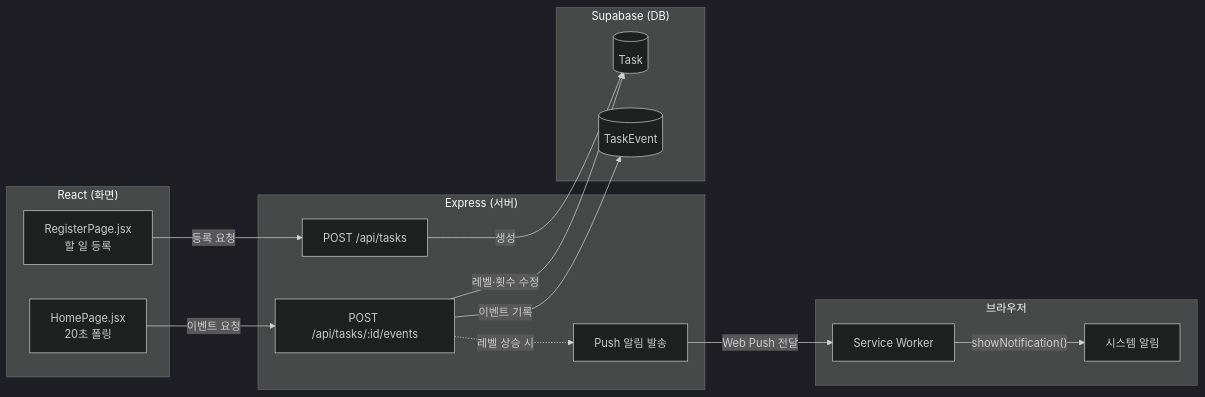
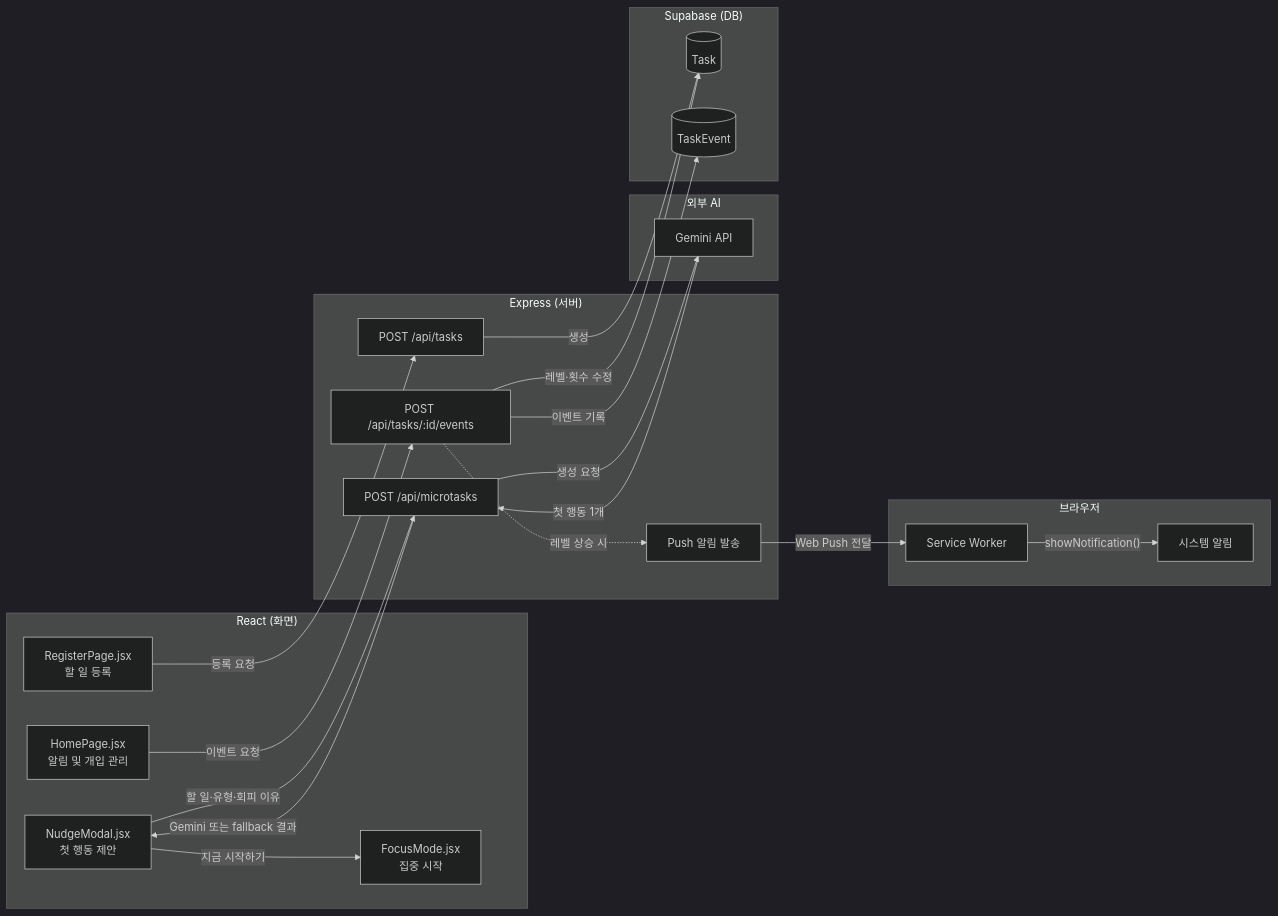
One commit to Mureung1/hub-showcase changed the diagram in README.md. Above: the diagram before and after it, drawn with Mermaid (dark theme). The commit also changed other lines of this file, not shown here.

Commit message:
docs: README 프로젝트 현황 업데이트

````diff
--- a/README.md
+++ b/README.md
@@ -47,34 +47,47 @@
 ```mermaid
 flowchart LR
     subgraph FE["React (화면)"]
         Register["RegisterPage.jsx<br/>할 일 등록"]
-        Home["HomePage.jsx<br/>20초 폴링"]
+        Home["HomePage.jsx<br/>알림 및 개입 관리"]
+        Modal["NudgeModal.jsx<br/>첫 행동 제안"]
+        Focus["FocusMode.jsx<br/>집중 시작"]
     end
 
     subgraph SRV["Express (서버)"]
         R1["POST /api/tasks"]
         R2["POST /api/tasks/:id/events"]
+        Microtask["POST /api/microtasks"]
         Push["Push 알림 발송"]
+    end
+
+    subgraph AI["외부 AI"]
+        Gemini["Gemini API"]
     end
 
     subgraph DB["Supabase (DB)"]
         Task[("Task")]
         Event[("TaskEvent")]
     end
 
     subgraph Browser["브라우저"]
         SW["Service Worker"]
         Notif["시스템 알림"]
     end
 
     Register -->|"등록 요청"| R1
+    R1 -->|"생성"| Task
+
     Home -->|"이벤트 요청"| R2
-
-    R1 -->|"생성"| Task
     R2 -->|"레벨·횟수 수정"| Task
     R2 -->|"이벤트 기록"| Event
+
+    Modal -->|"할 일·유형·회피 이유"| Microtask
+    Microtask -->|"생성 요청"| Gemini
+    Gemini -->|"첫 행동 1개"| Microtask
+    Microtask -->|"Gemini 또는 fallback 결과"| Modal
+    Modal -->|"지금 시작하기"| Focus
 
     R2 -.->|"레벨 상승 시"| Push
     Push -->|"Web Push 전달"| SW
     SW -->|"showNotification()"| Notif
 ```
````
